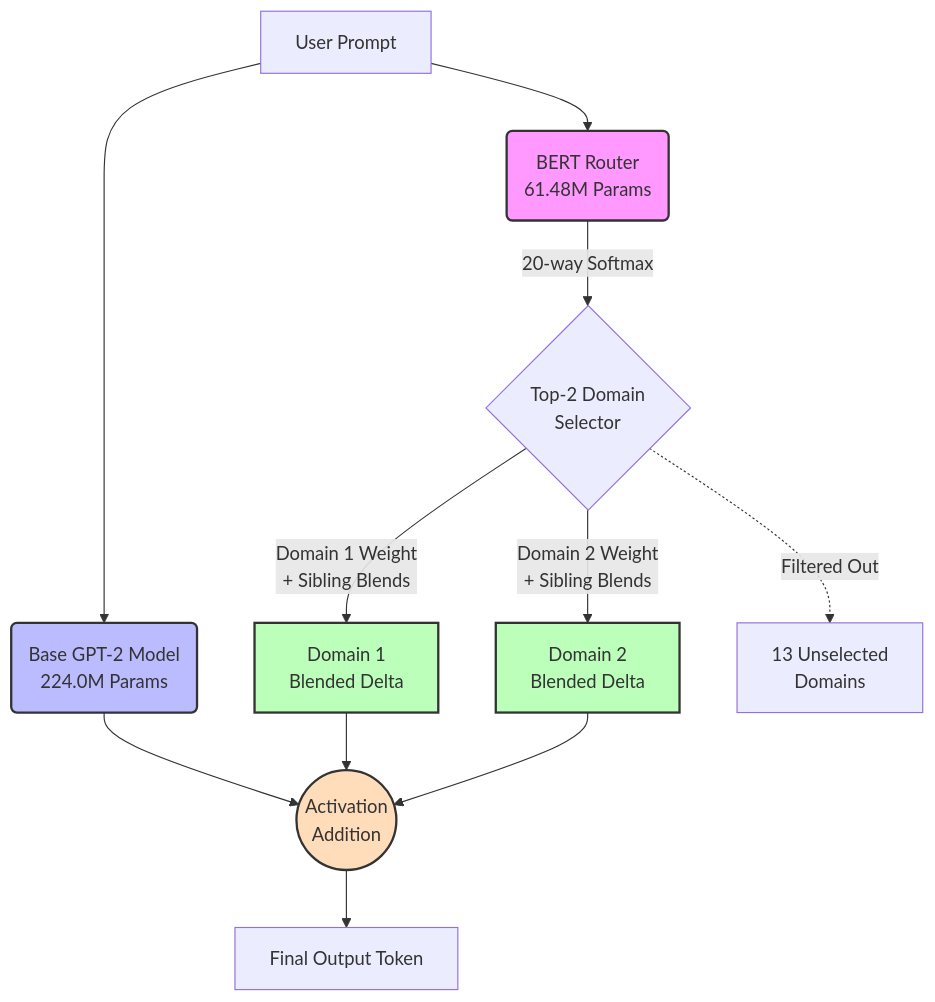
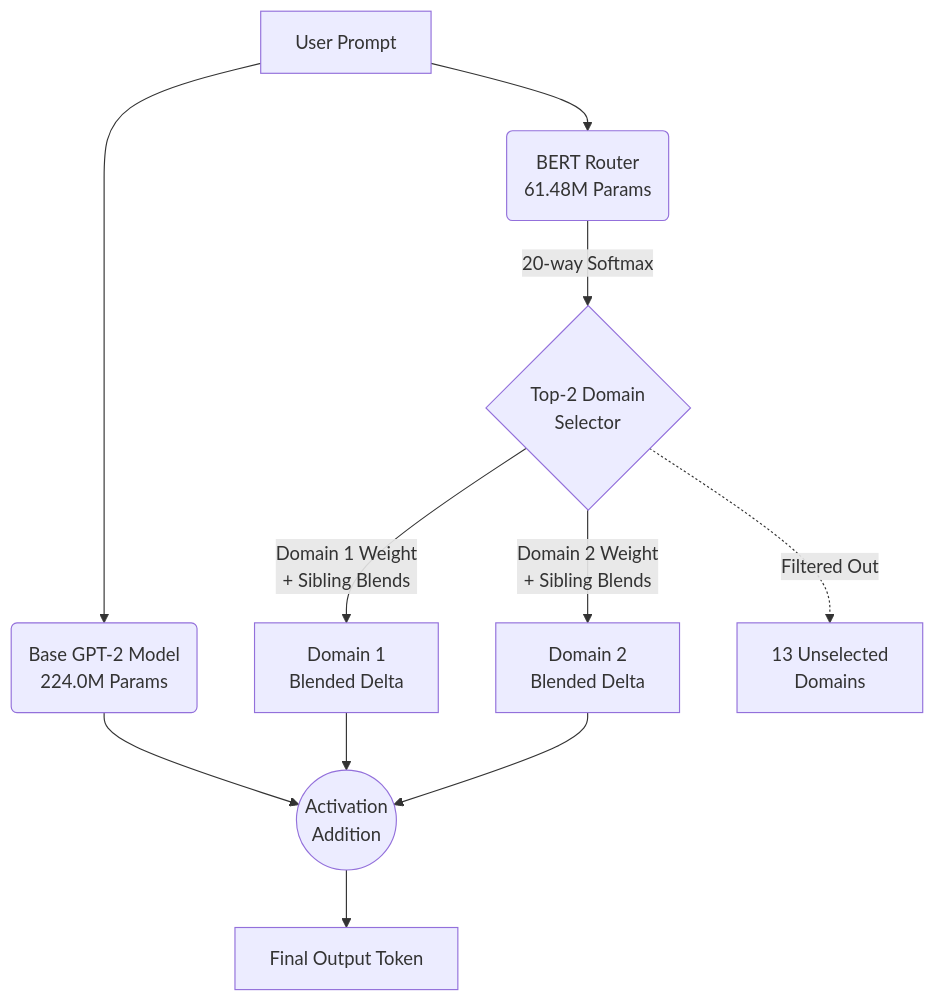
One commit to Amogh1221/genral_notes changed the diagram in docs/NanoRush-500.md. Above: the diagram before and after it, drawn with Mermaid.

````diff
--- a/docs/NanoRush-500.md
+++ b/docs/NanoRush-500.md
@@ -25,23 +25,17 @@
 ```mermaid
 graph TD
     Prompt[User Prompt] --> Router(BERT Router<br>61.48M Params)
     Prompt --> Base(Base GPT-2 Model<br>224.0M Params)
     
     Router -->|20-way Softmax| Selector{Top-2 Domain<br>Selector}
     
     Selector -->|Domain 1 Weight<br>+ Sibling Blends| LoRA1[Domain 1<br>Blended Delta]
     Selector -->|Domain 2 Weight<br>+ Sibling Blends| LoRA2[Domain 2<br>Blended Delta]
     Selector -.->|Filtered Out| Ignored[13 Unselected<br>Domains]
     
     Base --> Add((Activation<br>Addition))
     LoRA1 --> Add
     LoRA2 --> Add
     
     Add --> Output[Final Output Token]
-    
-    style Router fill:#f9f,stroke:#333,stroke-width:2px
-    style Base fill:#bbf,stroke:#333,stroke-width:2px
-    style LoRA1 fill:#bfb,stroke:#333,stroke-width:2px
-    style LoRA2 fill:#bfb,stroke:#333,stroke-width:2px
-    style Add fill:#fdb,stroke:#333,stroke-width:2px
 ```
````
